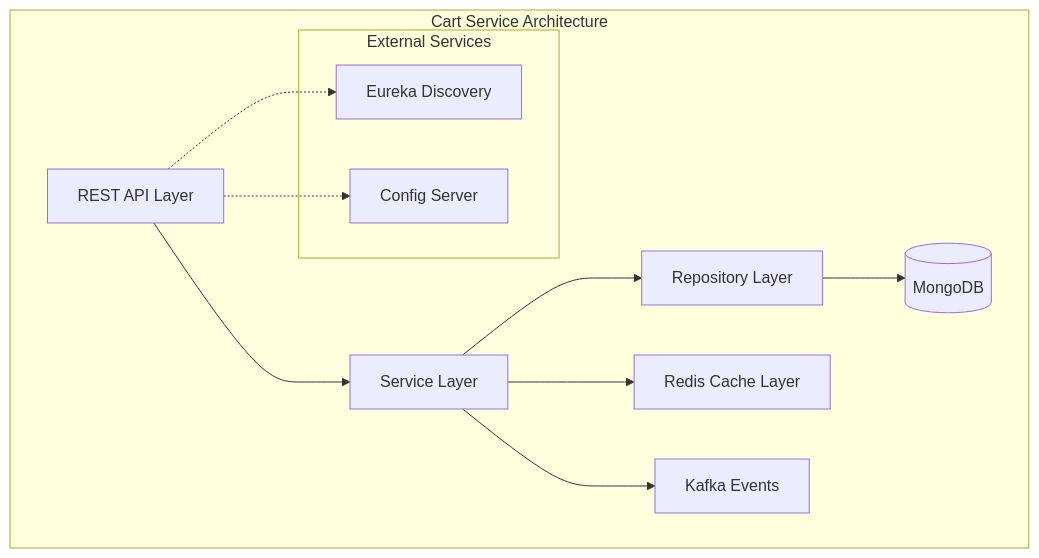
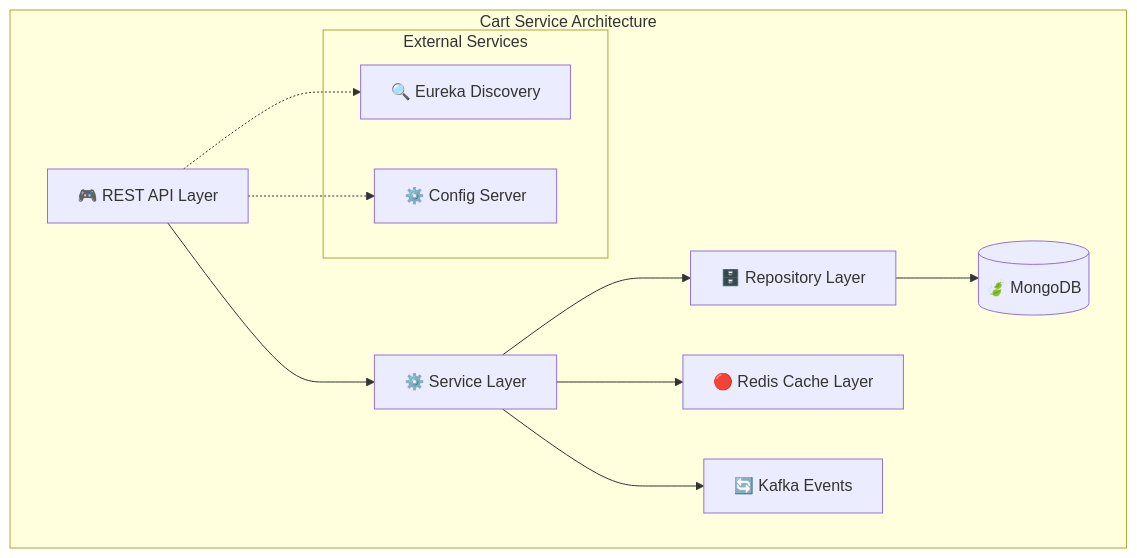
Before and after one commit to ZakariaRek/Ecommerce-App: the first of 10 diagrams in Cart-Service/README.md, drawn with Mermaid. The commit also changed other lines of this file, not shown here.

````diff
--- a/Cart-Service/README.md
+++ b/Cart-Service/README.md
@@ -9,25 +26,25 @@
 ```mermaid
 graph TB
     subgraph "Cart Service Architecture"
-        API[REST API Layer]
-        SERVICE[Service Layer]
-        REPO[Repository Layer]
-        CACHE[Redis Cache Layer]
-        DB[(MongoDB)]
-        KAFKA[Kafka Events]
+        API[🎮 REST API Layer]
+        SERVICE[⚙️ Service Layer]
+        REPO[🗄️ Repository Layer]
+        CACHE[🔴 Redis Cache Layer]
+        DB[(🍃 MongoDB)]
+        KAFKA[🔄 Kafka Events]
         
         API --> SERVICE
         SERVICE --> REPO
         SERVICE --> CACHE
         REPO --> DB
         SERVICE --> KAFKA
         
         subgraph "External Services"
-            EUREKA[Eureka Discovery]
-            CONFIG[Config Server]
+            EUREKA[🔍 Eureka Discovery]
+            CONFIG[⚙️ Config Server]
         end
         
         API -.-> EUREKA
         API -.-> CONFIG
     end
 ```
````
